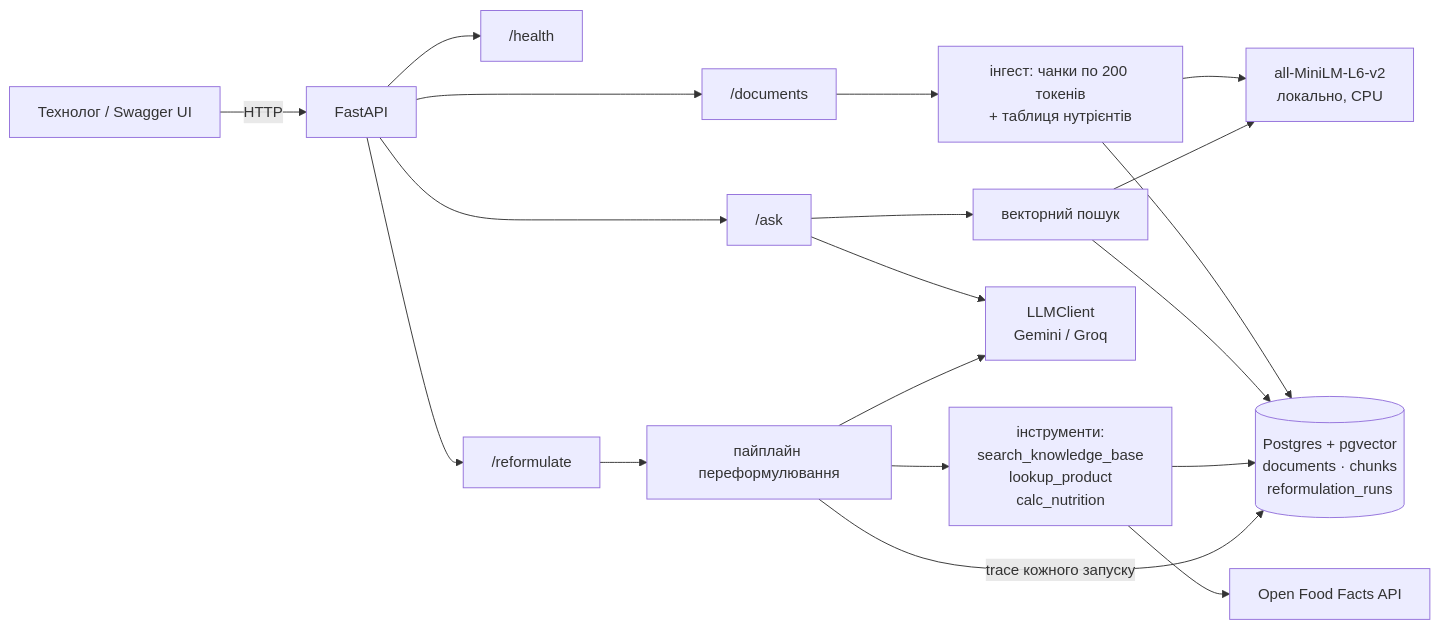
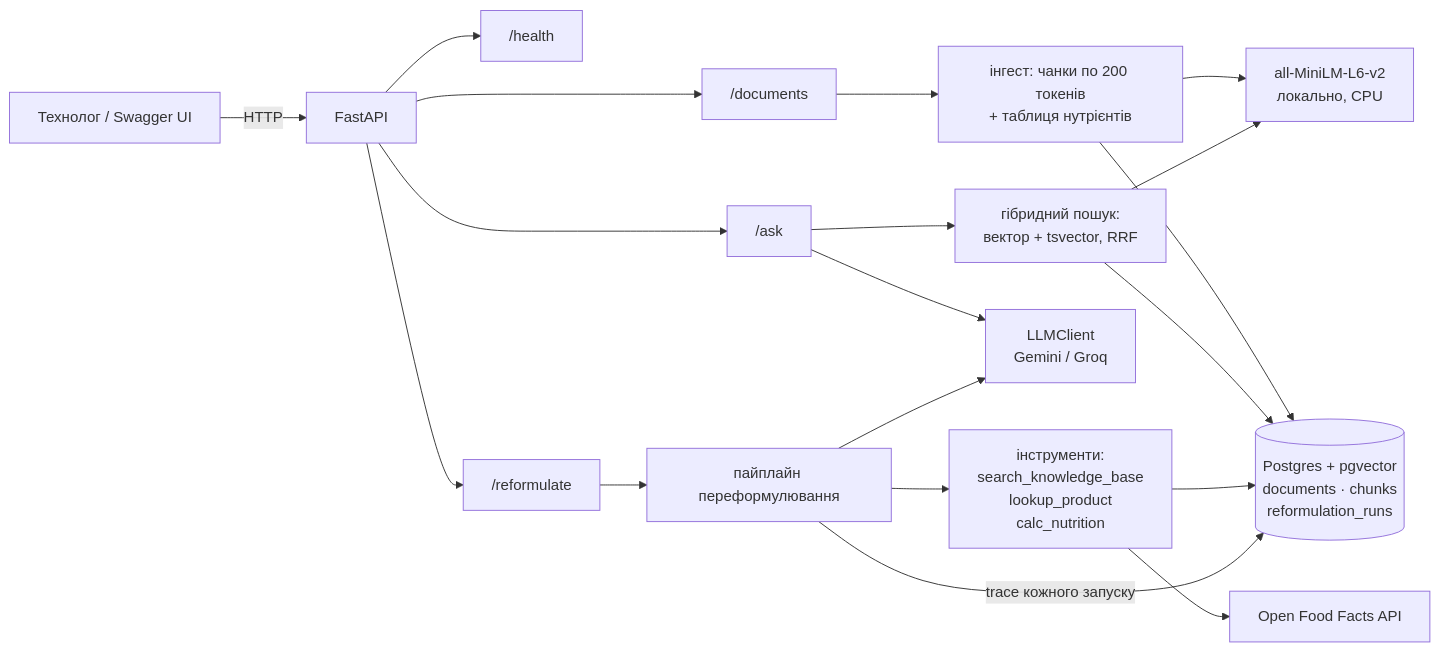
Before and after one commit to zarovnyi22/pet: the first of 2 diagrams in README.md, drawn with Mermaid. The commit also changed other lines of this file and 17 other files, not shown here.

````diff
--- a/README.md
+++ b/README.md
@@ -16,21 +16,21 @@
 ```mermaid
 flowchart LR
     U[Технолог / Swagger UI] -->|HTTP| API[FastAPI]
     API --> H["/health"]
     API --> D["/documents"]
     API --> A["/ask"]
     API --> R["/reformulate"]
     D --> ING[інгест: чанки по 200 токенів<br/>+ таблиця нутрієнтів]
     ING --> EMB[all-MiniLM-L6-v2<br/>локально, CPU]
-    A --> RET[векторний пошук]
+    A --> RET[гібридний пошук:<br/>вектор + tsvector, RRF]
     RET --> EMB
     ING --> PG[(Postgres + pgvector<br/>documents · chunks<br/>reformulation_runs)]
     RET --> PG
     A --> LLM[LLMClient<br/>Gemini / Groq]
     R --> P[пайплайн переформулювання]
     P --> LLM
     P --> T[інструменти:<br/>search_knowledge_base<br/>lookup_product<br/>calc_nutrition]
     T --> PG
     T --> OFF[Open Food Facts API]
     P -->|trace кожного запуску| PG
 ```
````
